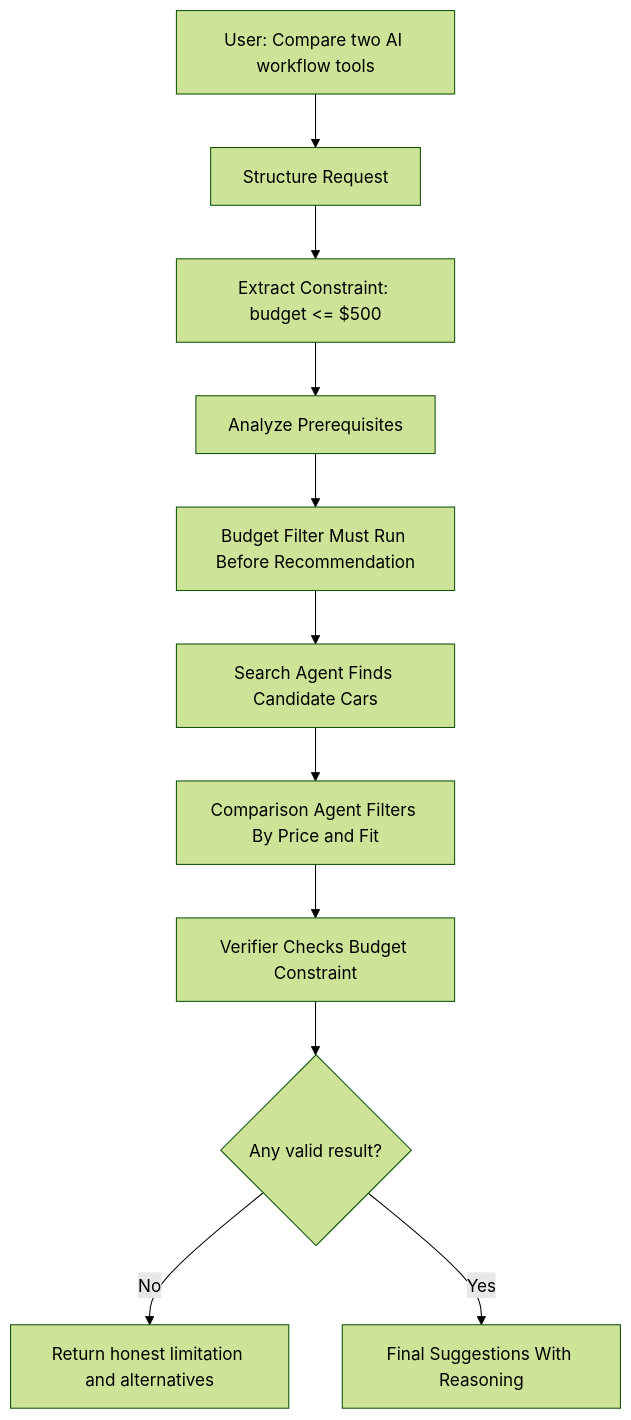
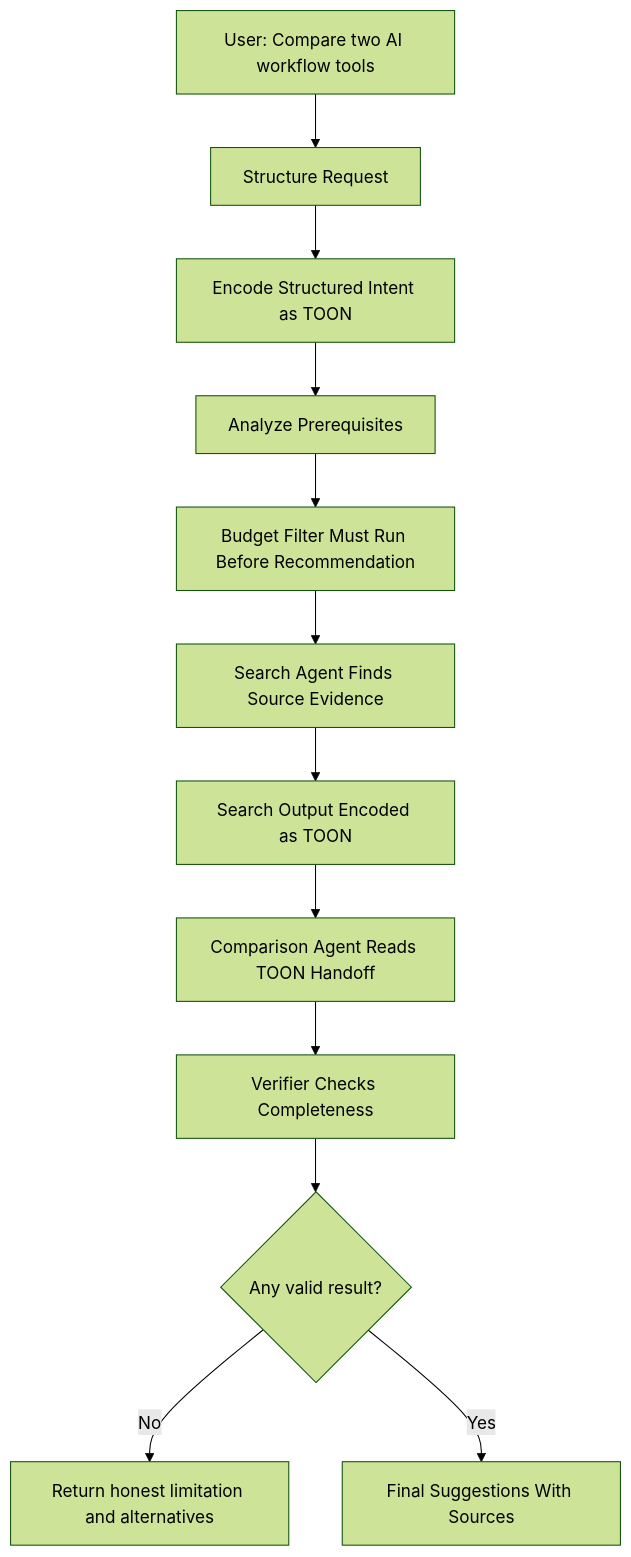
The seventh of 7 diagrams in docs/diagrams.md (Hassaan146/agentic-ai-workflow), drawn with Mermaid (forest theme) before and after one commit. The commit also changed other lines of this file and 7 other files, not shown here.

Commit message:
Add TOON agent handoffs

````diff
--- a/docs/diagrams.md
+++ b/docs/diagrams.md
@@ -83,13 +113,14 @@
 ```mermaid
 flowchart TD
     A["User: Compare two AI workflow tools"] --> B["Structure Request"]
-    B --> C["Extract Constraint: budget <= $500"]
+    B --> C["Encode Structured Intent as TOON"]
     C --> D["Analyze Prerequisites"]
     D --> E["Budget Filter Must Run Before Recommendation"]
-    E --> F["Search Agent Finds Candidate Cars"]
-    F --> G["Comparison Agent Filters By Price and Fit"]
-    G --> H["Verifier Checks Budget Constraint"]
-    H --> I{"Any valid result?"}
-    I -->|No| J["Return honest limitation and alternatives"]
-    I -->|Yes| K["Final Suggestions With Reasoning"]
+    E --> F["Search Agent Finds Source Evidence"]
+    F --> G["Search Output Encoded as TOON"]
+    G --> H["Comparison Agent Reads TOON Handoff"]
+    H --> I["Verifier Checks Completeness"]
+    I --> Q{"Any valid result?"}
+    Q -->|No| R["Return honest limitation and alternatives"]
+    Q -->|Yes| S["Final Suggestions With Sources"]
 ```
````
